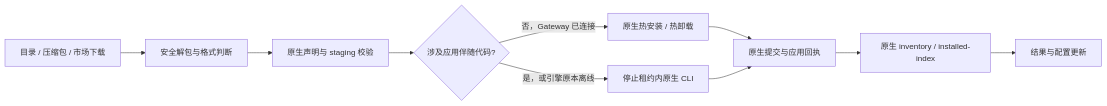
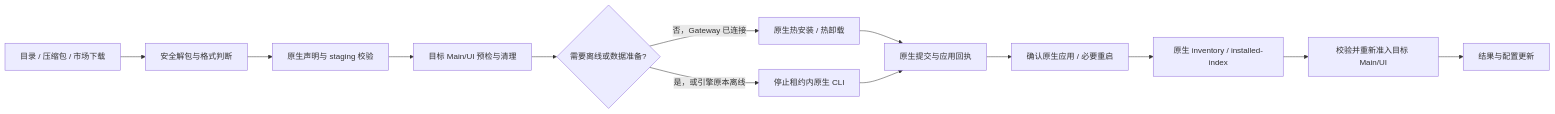
The fourth of 4 diagrams in docs/architecture/07-plugin-system.md (liangxhao/JustDo), drawn with Mermaid before and after one commit. The commit also changed other lines of this file and 15 other files, not shown here.

````diff
--- a/docs/architecture/07-plugin-system.md
+++ b/docs/architecture/07-plugin-system.md
@@ -414,12 +414,15 @@
 ```mermaid
 flowchart LR
   Source[目录 / 压缩包 / 市场下载] --> Validate[安全解包与格式判断]
   Validate --> Recheck[原生声明与 staging 校验]
-  Recheck --> Route{涉及应用伴随代码?}
+  Recheck --> Drain[目标 Main/UI 预检与清理]
+  Drain --> Route{需要离线或数据准备?}
   Route -->|否，Gateway 已连接| Hot[原生热安装 / 热卸载]
   Route -->|是，或引擎原本离线| Cold[停止租约内原生 CLI]
   Hot --> Install[原生提交与应用回执]
   Cold --> Install
-  Install --> Readback[原生 inventory / installed-index]
-  Readback --> Result[结果与配置更新]
+  Install --> Converge[确认原生应用 / 必要重启]
+  Converge --> Readback[原生 inventory / installed-index]
+  Readback --> Companion[校验并重新准入目标 Main/UI]
+  Companion --> Result[结果与配置更新]
 ```
````
